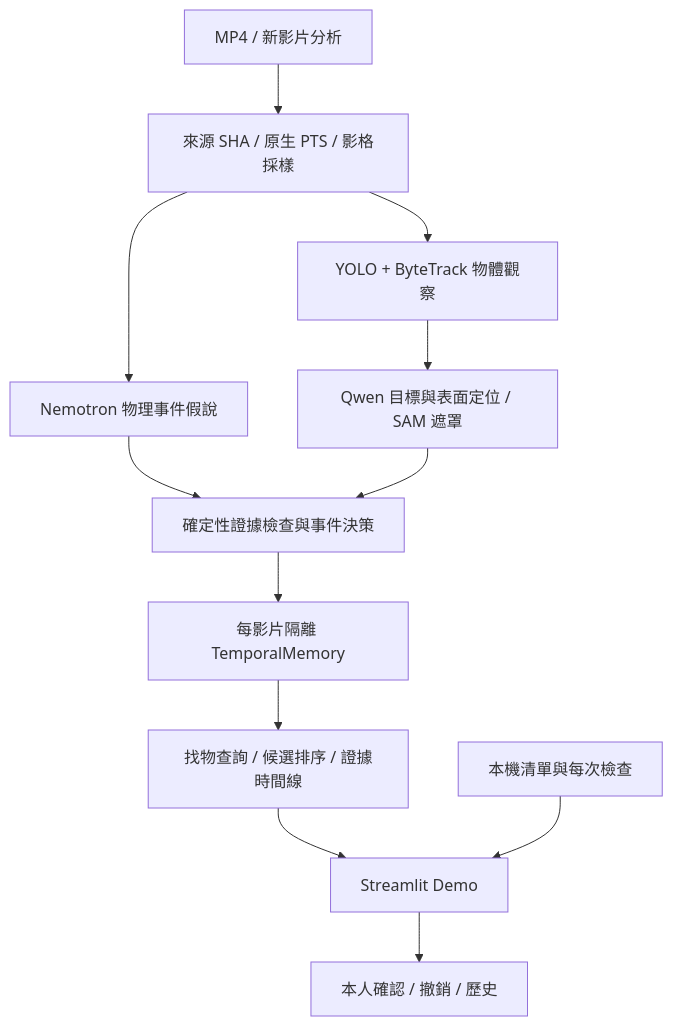
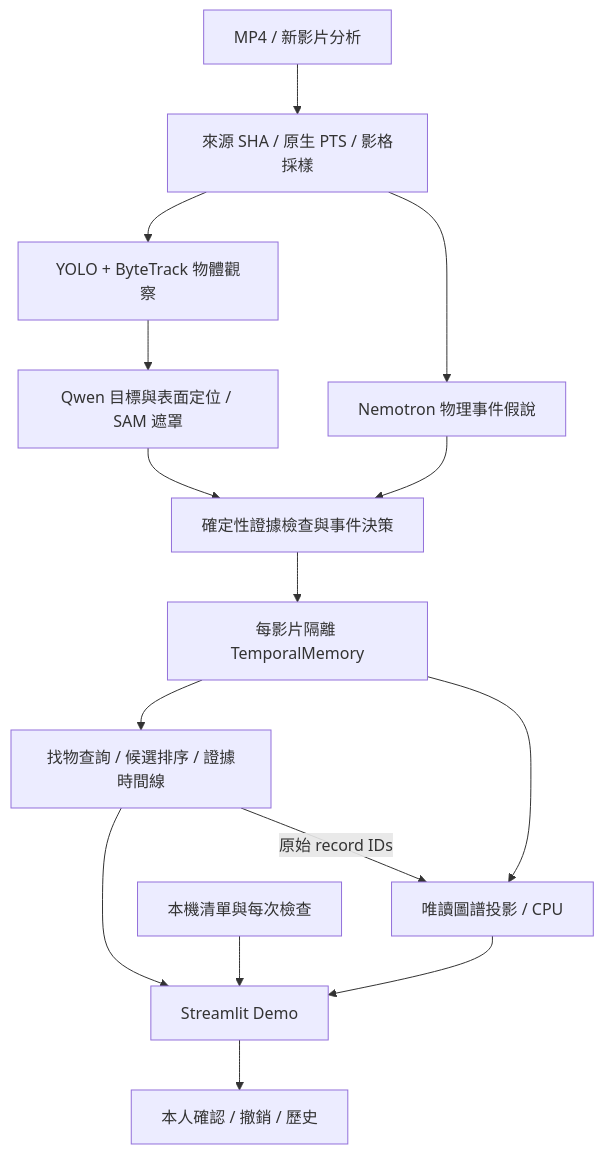
Before and after one commit to kyo0802/mixure_test: the diagram in README.md, drawn with Mermaid. The commit also changed other lines of this file and 37 other files, not shown here.

First line of the commit message:
feat: add interactive memory graph and Nemotron verification cache

````diff
--- a/README.md
+++ b/README.md
@@ -31,14 +34,17 @@
 ```mermaid
 flowchart TD
     A[MP4 / 新影片分析] --> B[來源 SHA / 原生 PTS / 影格採樣]
     B --> C[YOLO + ByteTrack 物體觀察]
     B --> D[Nemotron 物理事件假說]
     C --> E[Qwen 目標與表面定位 / SAM 遮罩]
     D --> F[確定性證據檢查與事件決策]
     E --> F
     F --> G[每影片隔離 TemporalMemory]
     G --> H[找物查詢 / 候選排序 / 證據時間線]
     H --> I[Streamlit Demo]
+    G --> L[唯讀圖譜投影 / CPU]
+    H -->|原始 record IDs| L
+    L --> I
     J[本機清單與每次檢查] --> I
     I --> K[本人確認 / 撤銷 / 歷史]
 ```
````
